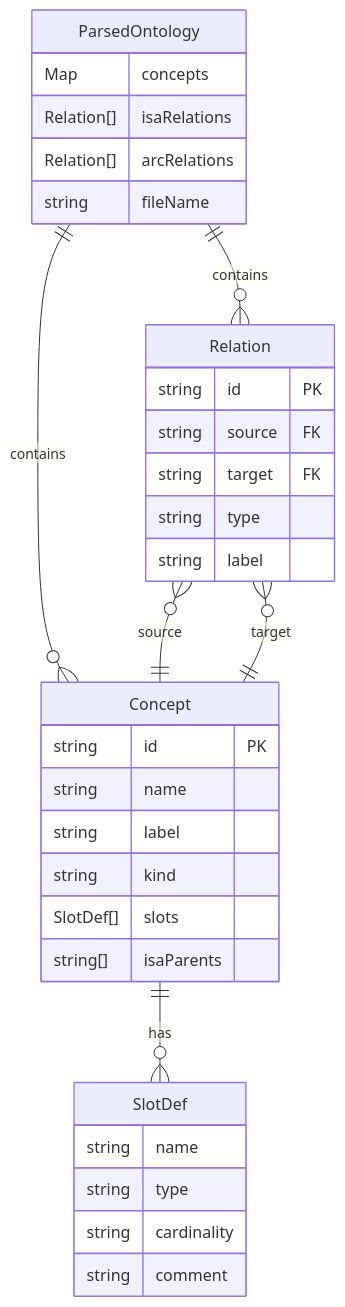
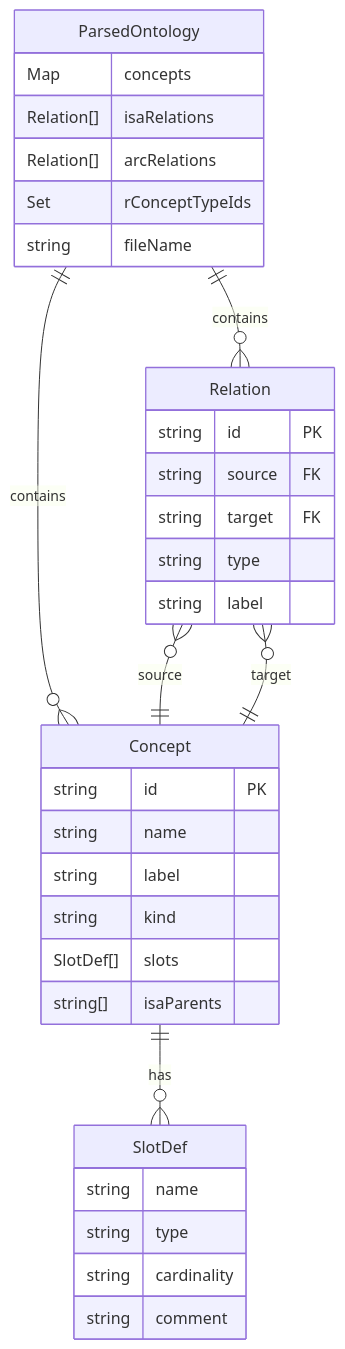
One commit to mavovo13/ontology_viewer changed the second of 6 diagrams in docs/functional-design.md. Above: the diagram before and after it, drawn with Mermaid. The commit also changed other lines of this file and 3 other files, not shown here.

````diff
--- a/docs/functional-design.md
+++ b/docs/functional-design.md
@@ -98,36 +100,37 @@
 ```mermaid
 erDiagram
     ParsedOntology ||--o{ Concept : contains
     ParsedOntology ||--o{ Relation : contains
     Concept ||--o{ SlotDef : has
     Relation }o--|| Concept : source
     Relation }o--|| Concept : target
 
     ParsedOntology {
         Map concepts
         Relation[] isaRelations
         Relation[] arcRelations
+        Set rConceptTypeIds
         string fileName
     }
     Concept {
         string id PK
         string name
         string label
         string kind
         SlotDef[] slots
         string[] isaParents
     }
     Relation {
         string id PK
         string source FK
         string target FK
         string type
         string label
     }
     SlotDef {
         string name
         string type
         string cardinality
         string comment
     }
 ```
````
